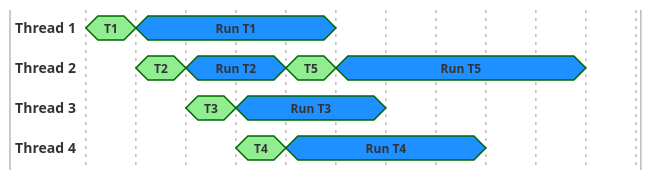
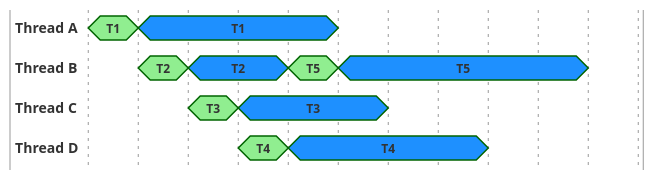
The fourth of 5 diagrams in documentation/jetty/modules/programming-guide/pages/arch/threads.adoc (jetty/jetty.project), drawn with PlantUML before and after one commit. The commit also changed other lines of this file and 9 other files, not shown here.

```diff
--- a/documentation/jetty/modules/programming-guide/pages/arch/threads.adoc
+++ b/documentation/jetty/modules/programming-guide/pages/arch/threads.adoc
@@ -113,33 +145,33 @@
 [plantuml]
 ----
 skinparam backgroundColor transparent
 
-compact concise "Thread 1" as WT1
-compact concise "Thread 2" as WT2
-compact concise "Thread 3" as WT3
-compact concise "Thread 4" as WT4
+compact concise "Thread A" as WTA
+compact concise "Thread B" as WTB
+compact concise "Thread C" as WTC
+compact concise "Thread D" as WTD
 hide time-axis
 
-@WT1
+@WTA
 0 is T1 #lightgreen
-1 is "Run T1" #dodgerblue
+1 is T1 #dodgerblue
 5 is {hidden}
 
-@WT2
+@WTB
 1 is T2 #lightgreen
-2 is "Run T2" #dodgerblue
+2 is T2 #dodgerblue
 4 is T5 #lightgreen
-5 is "Run T5" #dodgerblue
+5 is T5 #dodgerblue
 10 is {hidden}
 
-@WT3
+@WTC
 2 is T3 #lightgreen
-3 is "Run T3" #dodgerblue
+3 is T3 #dodgerblue
 6 is {hidden}
 
-@WT4
+@WTD
 3 is T4 #lightgreen
-4 is "Run T4" #dodgerblue
+4 is T4 #dodgerblue
 8 is {hidden}
 
 ----
```
